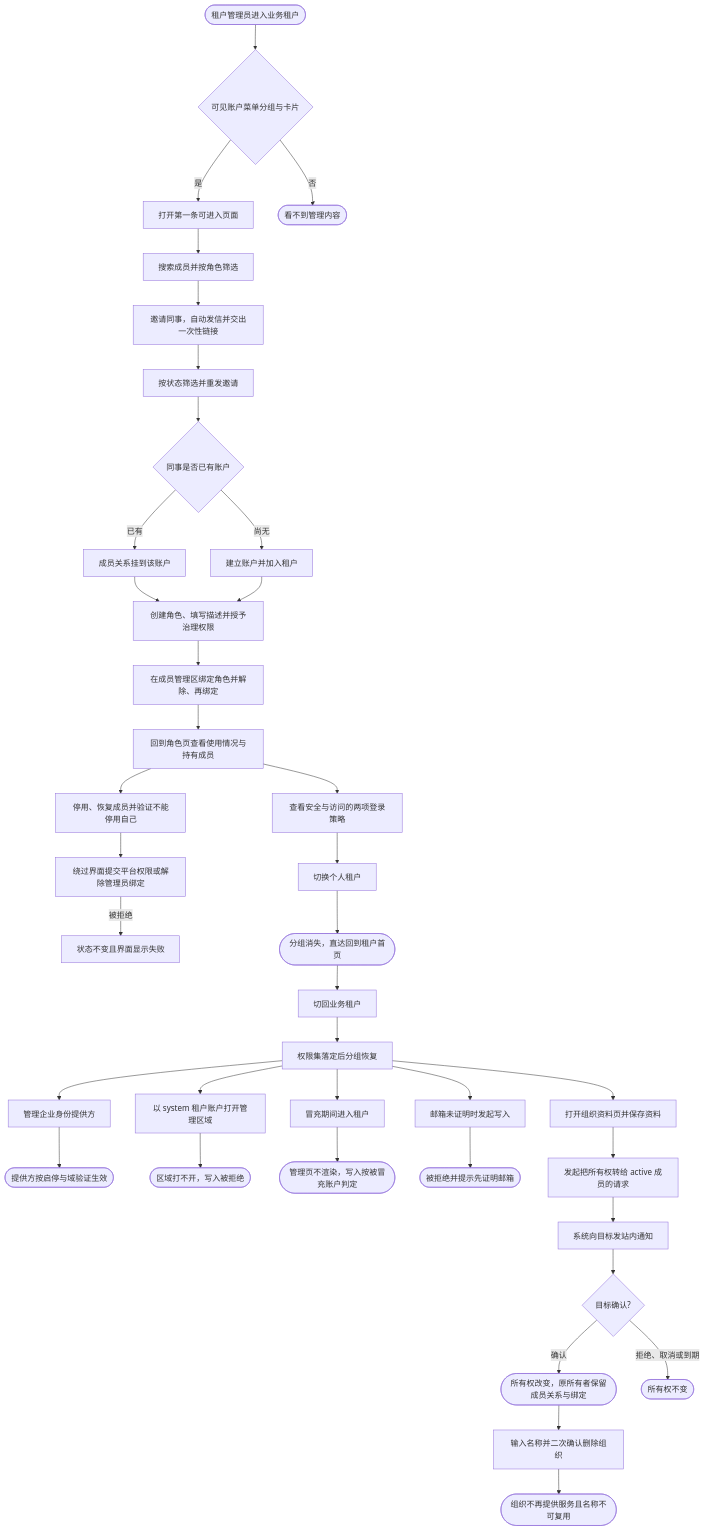
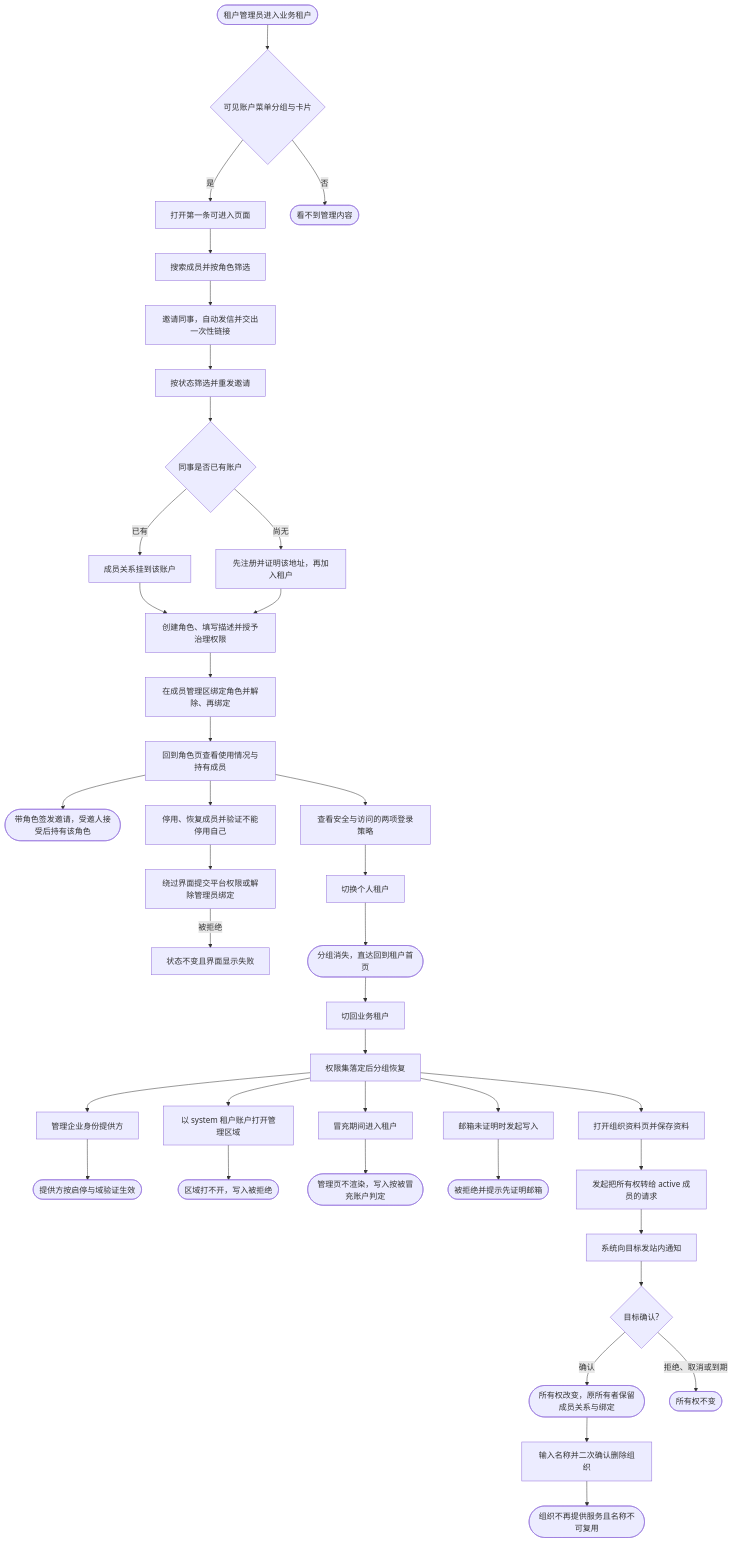
The diagram in docs/prd/journeys/journey-tenant-admin.md (wangzw/speed), drawn with Mermaid before and after one commit. The commit also changed other lines of this file and 185 other files, not shown here.

````diff
--- a/docs/prd/journeys/journey-tenant-admin.md
+++ b/docs/prd/journeys/journey-tenant-admin.md
@@ -92,40 +94,41 @@
 ```mermaid
 flowchart TD
     A([租户管理员进入业务租户]) --> B{可见账户菜单分组与卡片}
     B -->|是| C[打开第一条可进入页面]
     B -->|否| Z([看不到管理内容])
     C --> C1[搜索成员并按角色筛选]
     C1 --> D[邀请同事，自动发信并交出一次性链接]
     D --> D1[按状态筛选并重发邀请]
     D1 --> E{同事是否已有账户}
     E -->|已有| F[成员关系挂到该账户]
-    E -->|尚无| G[建立账户并加入租户]
+    E -->|尚无| G[先注册并证明该地址，再加入租户]
     F --> H[创建角色、填写描述并授予治理权限]
     G --> H
     H --> I[在成员管理区绑定角色并解除、再绑定]
     I --> I1[回到角色页查看使用情况与持有成员]
+    I1 --> I3([带角色签发邀请，受邀人接受后持有该角色])
     I1 --> I2[停用、恢复成员并验证不能停用自己]
     I2 --> J[绕过界面提交平台权限或解除管理员绑定]
     J -->|被拒绝| K[状态不变且界面显示失败]
     I1 --> L[查看安全与访问的两项登录策略]
     L --> M[切换个人租户]
     M --> N([分组消失，直达回到租户首页])
     N --> O[切回业务租户]
     O --> P[权限集落定后分组恢复]
     P --> Q[管理企业身份提供方]
     Q --> R([提供方按启停与域验证生效])
     P --> S[以 system 租户账户打开管理区域]
     S --> T([区域打不开，写入被拒绝])
     P --> U[冒充期间进入租户]
     U --> V([管理页不渲染，写入按被冒充账户判定])
     P --> W[邮箱未证明时发起写入]
     W --> X([被拒绝并提示先证明邮箱])
     P --> Y[打开组织资料页并保存资料]
     Y --> Y1[发起把所有权转给 active 成员的请求]
     Y1 --> Y1n[系统向目标发站内通知]
     Y1n --> Y1a{目标确认?}
     Y1a -->|确认| Y1b([所有权改变，原所有者保留成员关系与绑定])
     Y1a -->|拒绝、取消或到期| Y1c([所有权不变])
     Y1b --> Y2[输入名称并二次确认删除组织]
     Y2 --> Y3([组织不再提供服务且名称不可复用])
 ```
````
